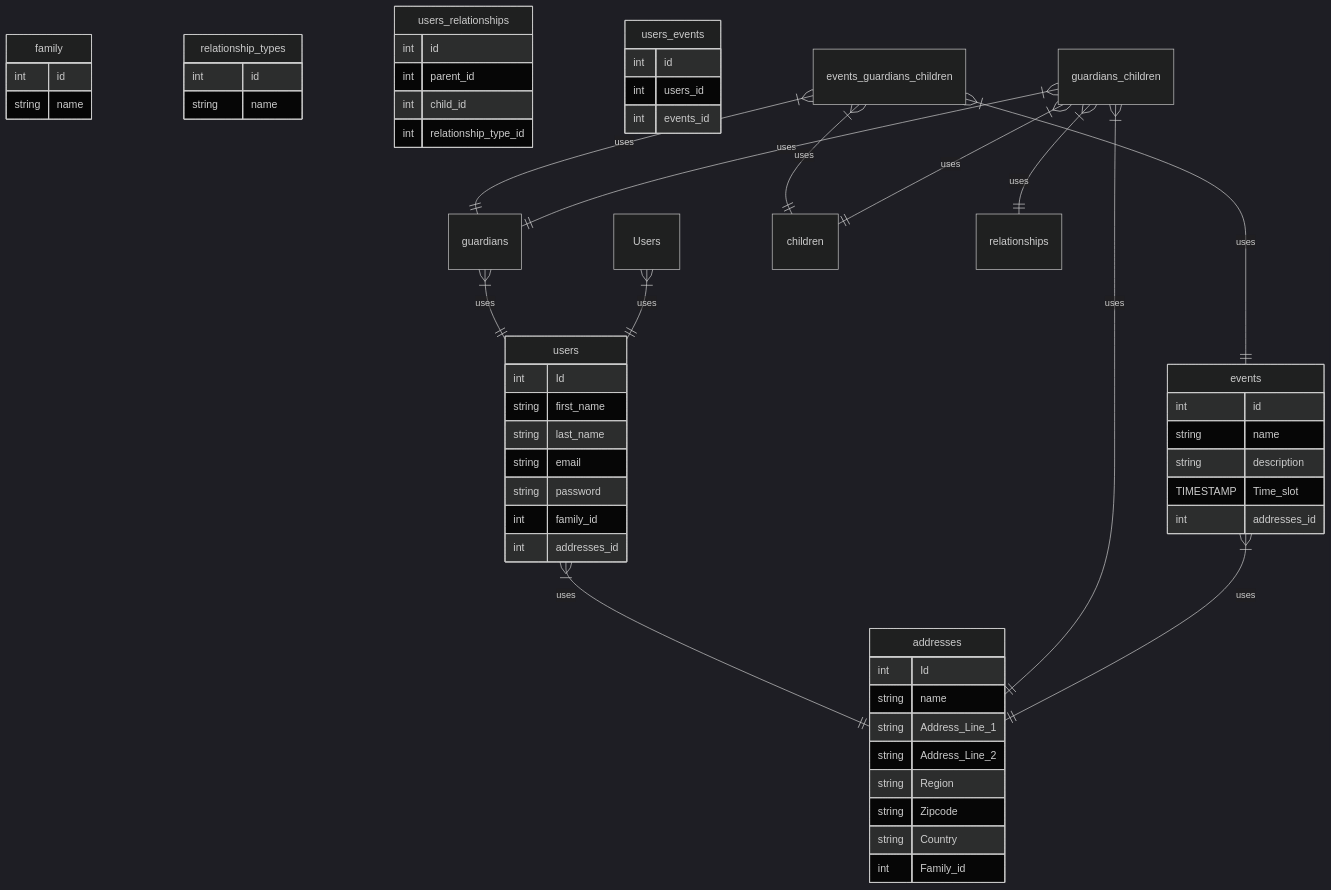
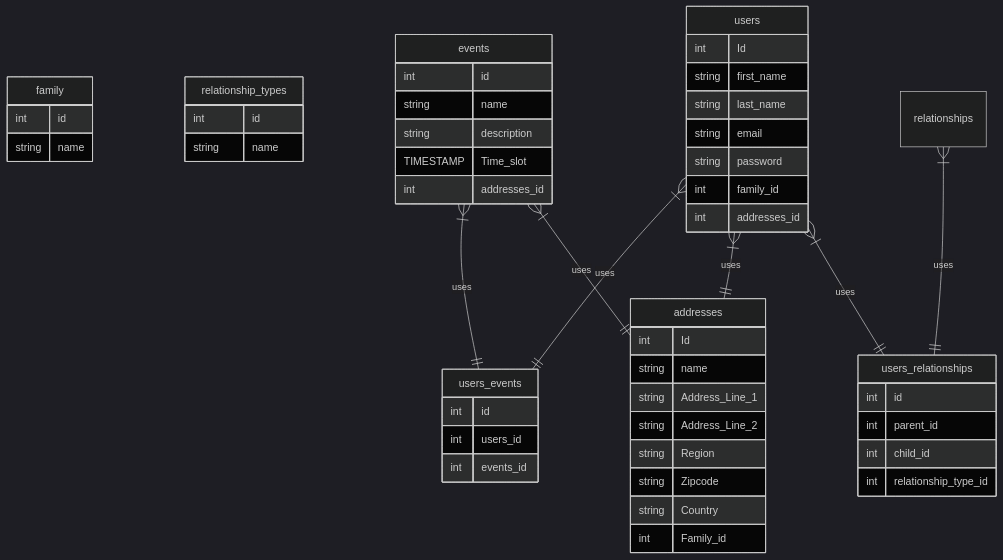
The second of 2 diagrams in README.md (ChrisUno/Childcare), drawn with Mermaid before and after one commit. The commit also changed other lines of this file, not shown here.

````diff
--- a/README.md
+++ b/README.md
@@ -45,66 +45,62 @@
 ``` mermaid
 %%{init: {'theme': 'dark' } }%%
 
 erDiagram
 
 
     family {
         int id
         string name
     }
     relationship_types {
         int id
         string name
     }
     users_relationships {
         int id
         int parent_id
         int child_id
         int relationship_type_id
     }
     events {
         int id
         string name
         string description
         TIMESTAMP Time_slot
         int addresses_id
     }
     users_events {
         int id
         int users_id
         int events_id
         
     }
     addresses {
         int Id
         string name
         string Address_Line_1
         string Address_Line_2
         string Region
         string Zipcode
         string Country
         int Family_id
     }
     users {
         int Id
         string first_name
         string last_name
         string email
         string password
         int family_id
         int addresses_id
     }
 
-    Users }|--|| users: "uses"
+    users }|--|| users_relationships: "uses"
+    relationships }|--|| users_relationships: "uses"
+    users }|--|| addresses: "uses"
+    users }|--|| users_events: "uses"
     events }|--|| addresses: "uses"
-    guardians }|--|| users: "uses"
-    guardians_children }|--|| guardians: "uses"
-    guardians_children }|--|| children: "uses"
-    guardians_children }|--|| addresses: "uses"
-    guardians_children }|--|| relationships: "uses"
-    users }|--|| addresses: "uses"
-    events_guardians_children }|--|| guardians: "uses"
-    events_guardians_children }|--|| events: "uses"
-    events_guardians_children }|--|| children: "uses"
+    events }|--|| users_events: "uses"
+    
 
 ```
````
